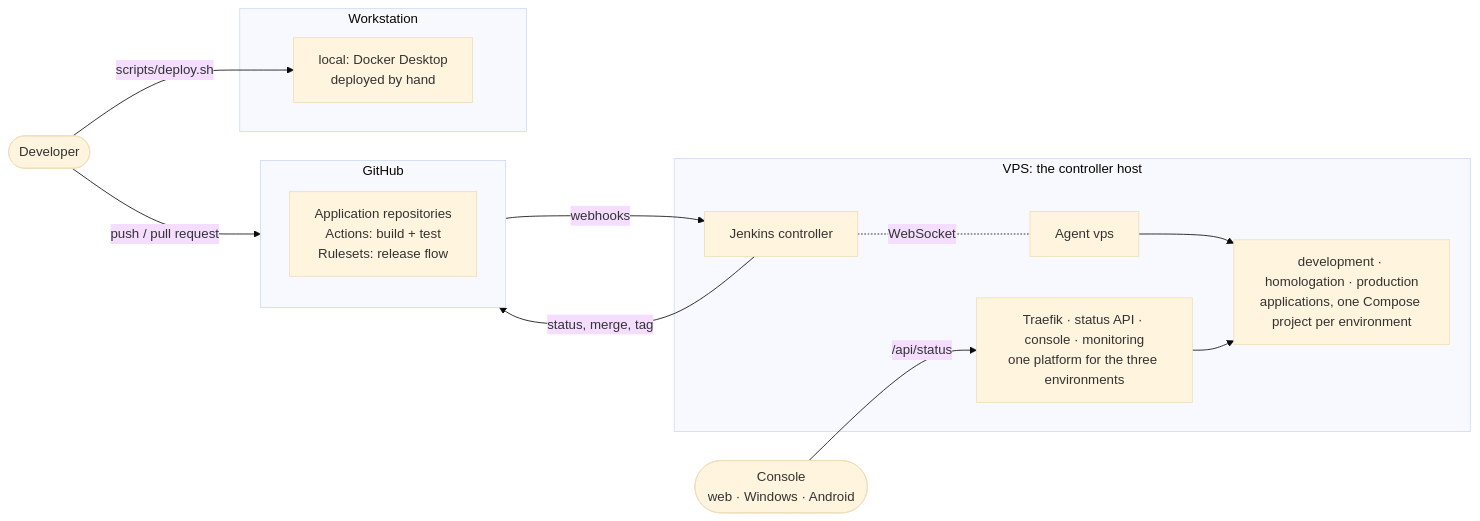
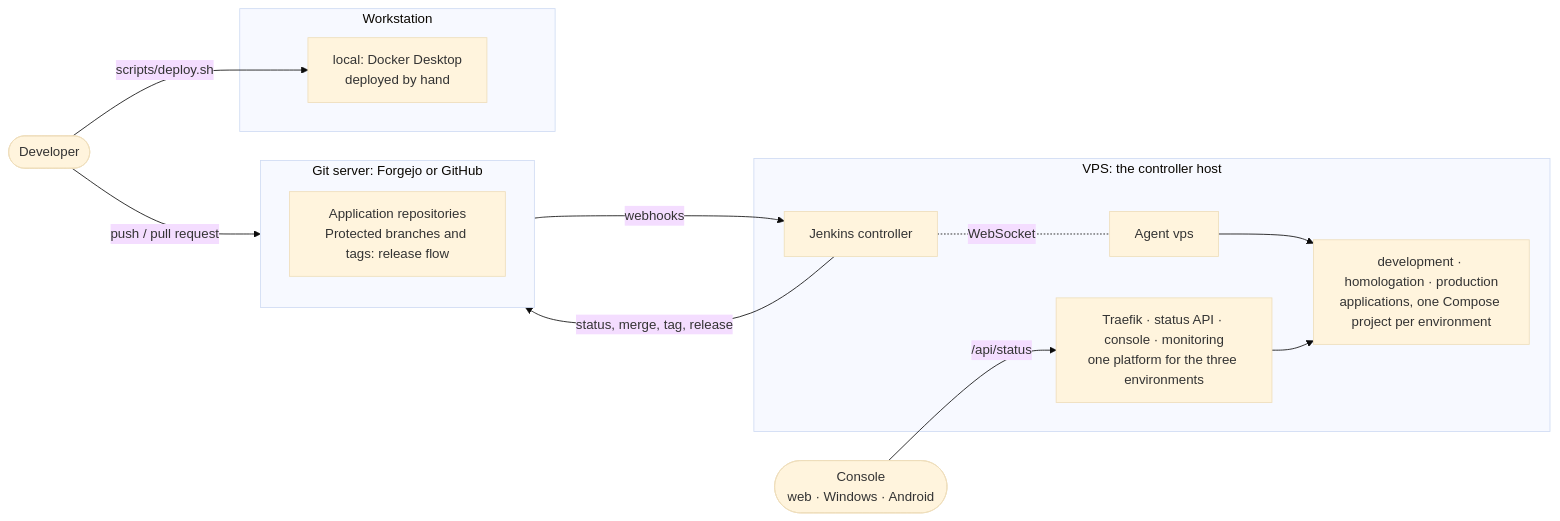
One commit to artur-rios/yggdrasil changed the first of 4 diagrams in README.md. Above: the diagram before and after it, drawn with Mermaid (base theme). The commit also changed other lines of this file and 11 other files, not shown here.

````diff
--- a/README.md
+++ b/README.md
@@ -21,19 +22,19 @@
 ```mermaid
 flowchart LR
     dev([Developer]) -- push / pull request --> gh
-    subgraph gh [GitHub]
-        repos[Application repositories<br/>Actions: build + test<br/>Rulesets: release flow]
+    subgraph gh [Git server: Forgejo or GitHub]
+        repos[Application repositories<br/>Protected branches and tags: release flow]
     end
     subgraph vps [VPS: the controller host]
         jc[Jenkins controller] -. WebSocket .- a1[Agent vps]
         a1 --> envs[development · homologation · production<br/>applications, one Compose project per environment]
         p1[Traefik · status API · console · monitoring<br/>one platform for the three environments] --> envs
     end
     gh -- webhooks --> jc
-    jc -- status, merge, tag --> gh
+    jc -- status, merge, tag, release --> gh
     subgraph ws [Workstation]
         local[local: Docker Desktop<br/>deployed by hand]
     end
     dev -- scripts/deploy.sh --> local
     console([Console<br/>web · Windows · Android]) -- /api/status --> p1
 ```
````
